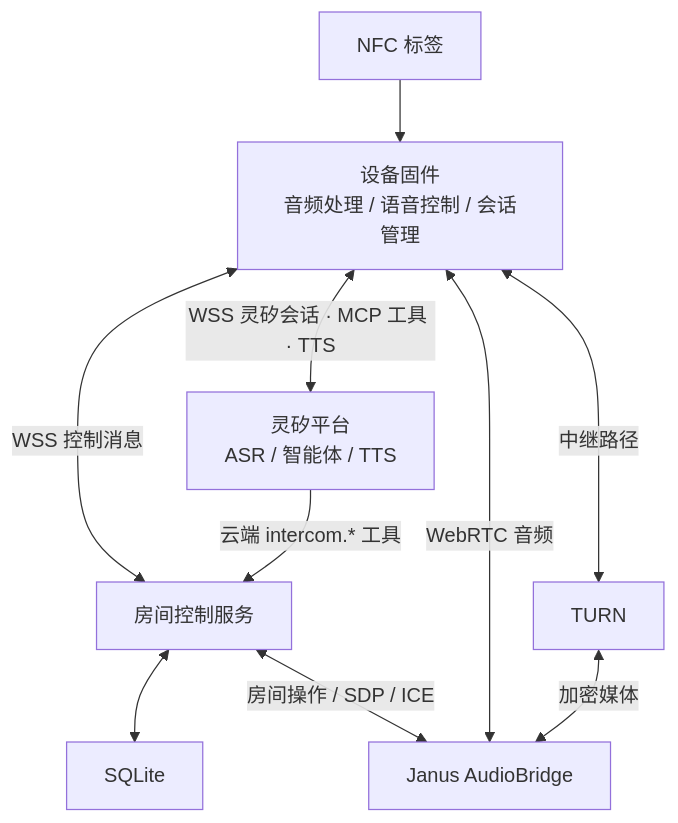
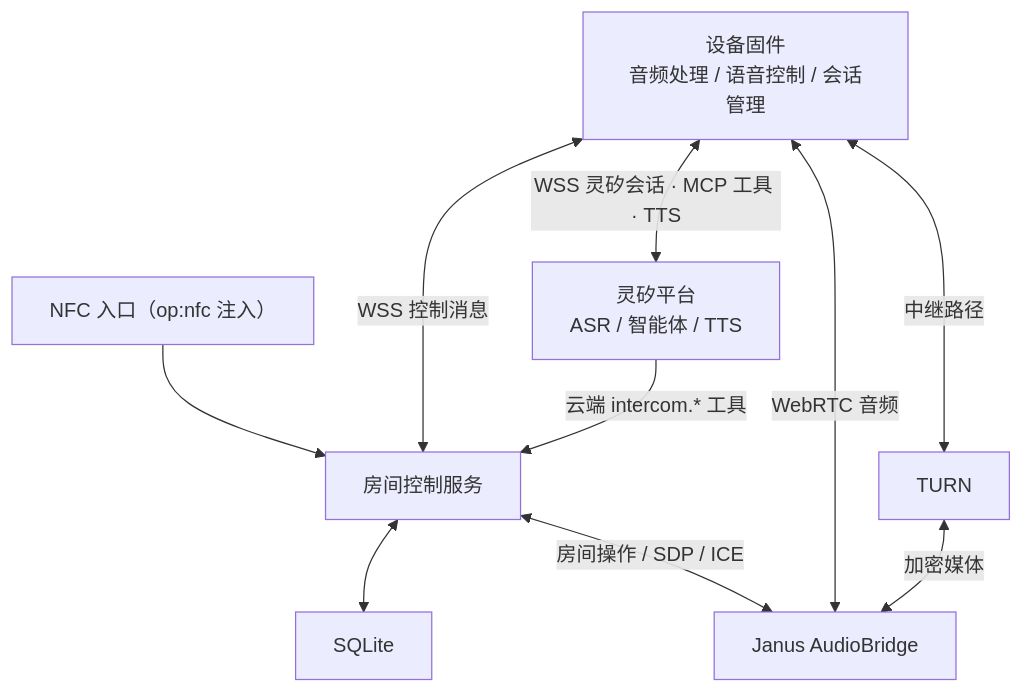
One commit to Shi1xin/linx-intercom changed the first of 7 diagrams in docs/architecture-design.md. Above: the diagram before and after it, drawn with Mermaid. The commit also changed other lines of this file and 13 other files, not shown here.

````diff
--- a/docs/architecture-design.md
+++ b/docs/architecture-design.md
@@ -11,12 +11,13 @@
 ```mermaid
 flowchart TB
-    N["NFC 标签"] --> D["设备固件<br/>音频处理 / 语音控制 / 会话管理"]
+    N["NFC 入口（op:nfc 注入）"] --> C["房间控制服务"]
+    D["设备固件<br/>音频处理 / 语音控制 / 会话管理"]
     D <-->|WSS 控制消息| C["房间控制服务"]
     D <-->|WSS 灵矽会话 · MCP 工具 · TTS| P["灵矽平台<br/>ASR / 智能体 / TTS"]
     C <--> S["SQLite"]
     C <-->|房间操作 / SDP / ICE| J["Janus AudioBridge"]
     P -->|云端 intercom.* 工具| C
     D <-->|WebRTC 音频| J
     D <-->|中继路径| T["TURN"]
     T <-->|加密媒体| J
 ```
````
